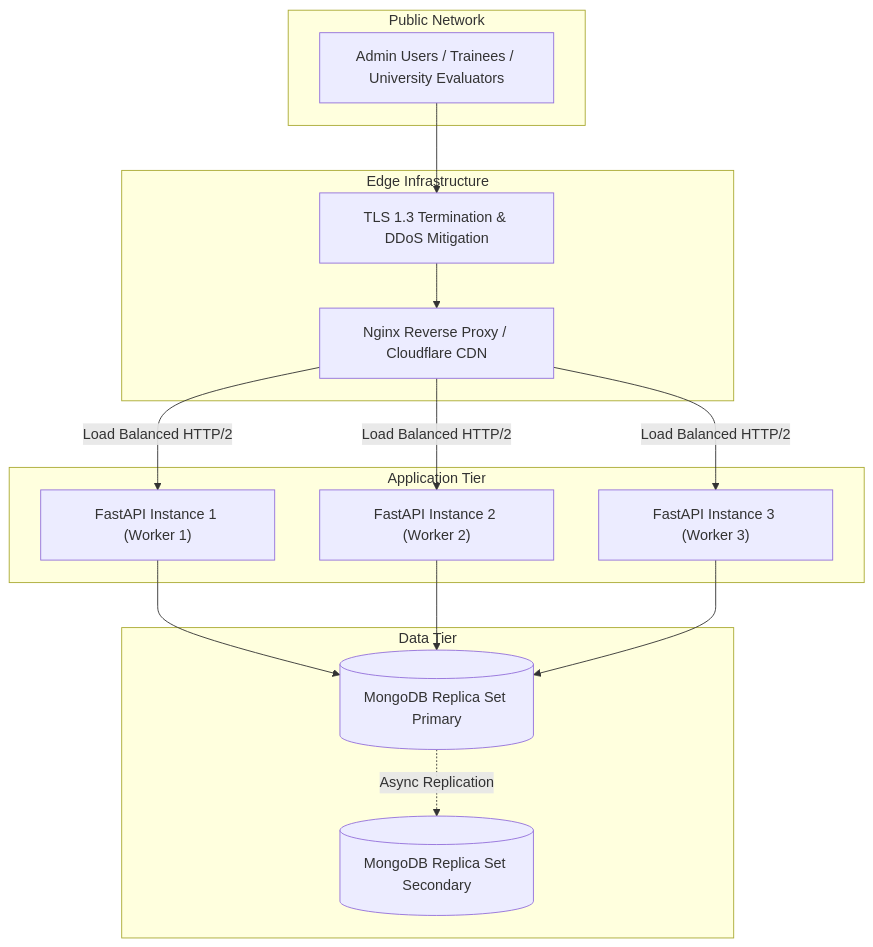
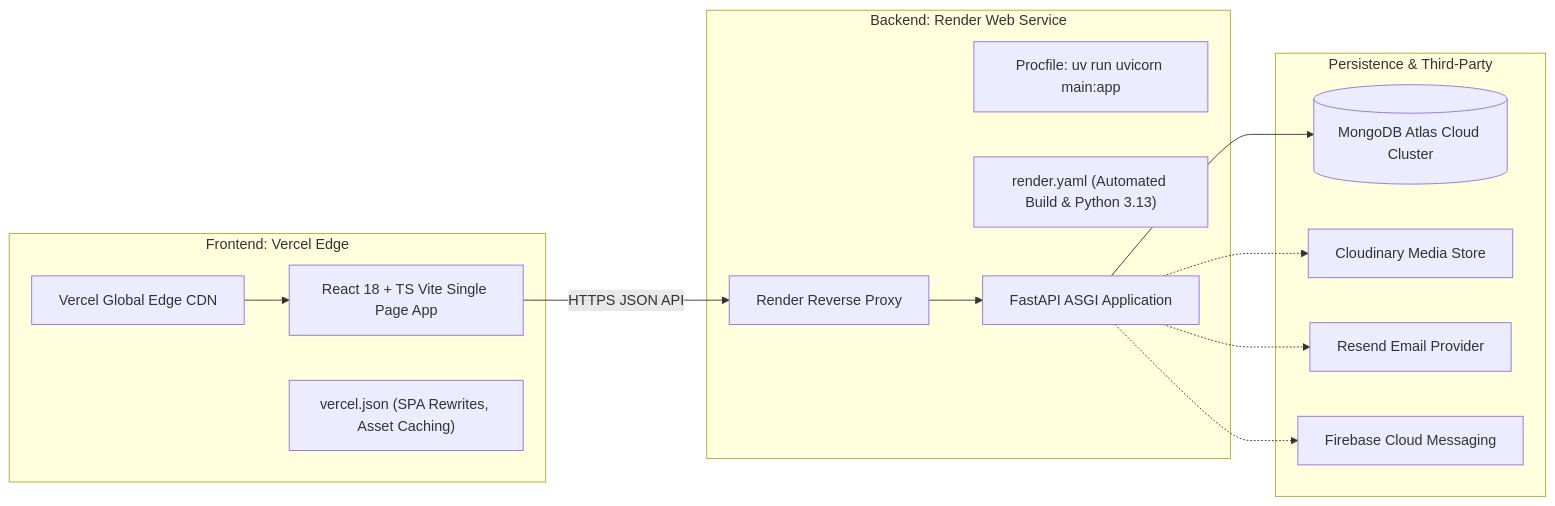
The fourth of 5 diagrams in ARCHITECTURE.md (ulmind-com/annapurna-memorial-college-erp-backend), drawn with Mermaid before and after one commit. The commit also changed other lines of this file, not shown here.

Commit message:
docs: add mobile Firebase push notification sequence diagram and setup guide

````diff
--- a/ARCHITECTURE.md
+++ b/ARCHITECTURE.md
@@ -337,34 +128,30 @@
 ```mermaid
-flowchart TD
-    subgraph Internet["Public Network"]
-        ClientsNet["Admin Users / Trainees / University Evaluators"]
+flowchart LR
+    subgraph VercelApp["Frontend: Vercel Edge"]
+        VercelCDN["Vercel Global Edge CDN"]
+        SPA["React 18 + TS Vite Single Page App"]
+        VercelConfig["vercel.json (SPA Rewrites, Asset Caching)"]
     end
 
-    subgraph Edge["Edge Infrastructure"]
-        Nginx["Nginx Reverse Proxy / Cloudflare CDN"]
-        SSL["TLS 1.3 Termination & DDoS Mitigation"]
+    subgraph RenderApp["Backend: Render Web Service"]
+        RenderGateway["Render Reverse Proxy"]
+        ProcfileEntry["Procfile: uv run uvicorn main:app"]
+        RenderYaml["render.yaml (Automated Build & Python 3.13)"]
+        FastAPIWorker["FastAPI ASGI Application"]
     end
 
-    subgraph AppCluster["Application Tier"]
-        Uvicorn1["FastAPI Instance 1 (Worker 1)"]
-        Uvicorn2["FastAPI Instance 2 (Worker 2)"]
-        Uvicorn3["FastAPI Instance 3 (Worker 3)"]
+    subgraph DatabaseCloud["Persistence & Third-Party"]
+        MongoDBAtlas[("MongoDB Atlas Cloud Cluster")]
+        CloudinaryVault["Cloudinary Media Store"]
+        ResendMail["Resend Email Provider"]
+        FirebaseFCM["Firebase Cloud Messaging"]
     end
 
-    subgraph DataTier["Data Tier"]
-        MongoPrimary[("MongoDB Replica Set Primary")]
-        MongoSecondary[("MongoDB Replica Set Secondary")]
-    end
-
-    ClientsNet --> SSL
-    SSL --> Nginx
-    Nginx -->|Load Balanced HTTP/2| Uvicorn1
-    Nginx -->|Load Balanced HTTP/2| Uvicorn2
-    Nginx -->|Load Balanced HTTP/2| Uvicorn3
-
-    Uvicorn1 --> MongoPrimary
-    Uvicorn2 --> MongoPrimary
-    Uvicorn3 --> MongoPrimary
-
-    MongoPrimary -.->|Async Replication| MongoSecondary
+    VercelCDN --> SPA
+    SPA -->|HTTPS JSON API| RenderGateway
+    RenderGateway --> FastAPIWorker
+    FastAPIWorker --> MongoDBAtlas
+    FastAPIWorker -.-> CloudinaryVault
+    FastAPIWorker -.-> ResendMail
+    FastAPIWorker -.-> FirebaseFCM
 ```
````
